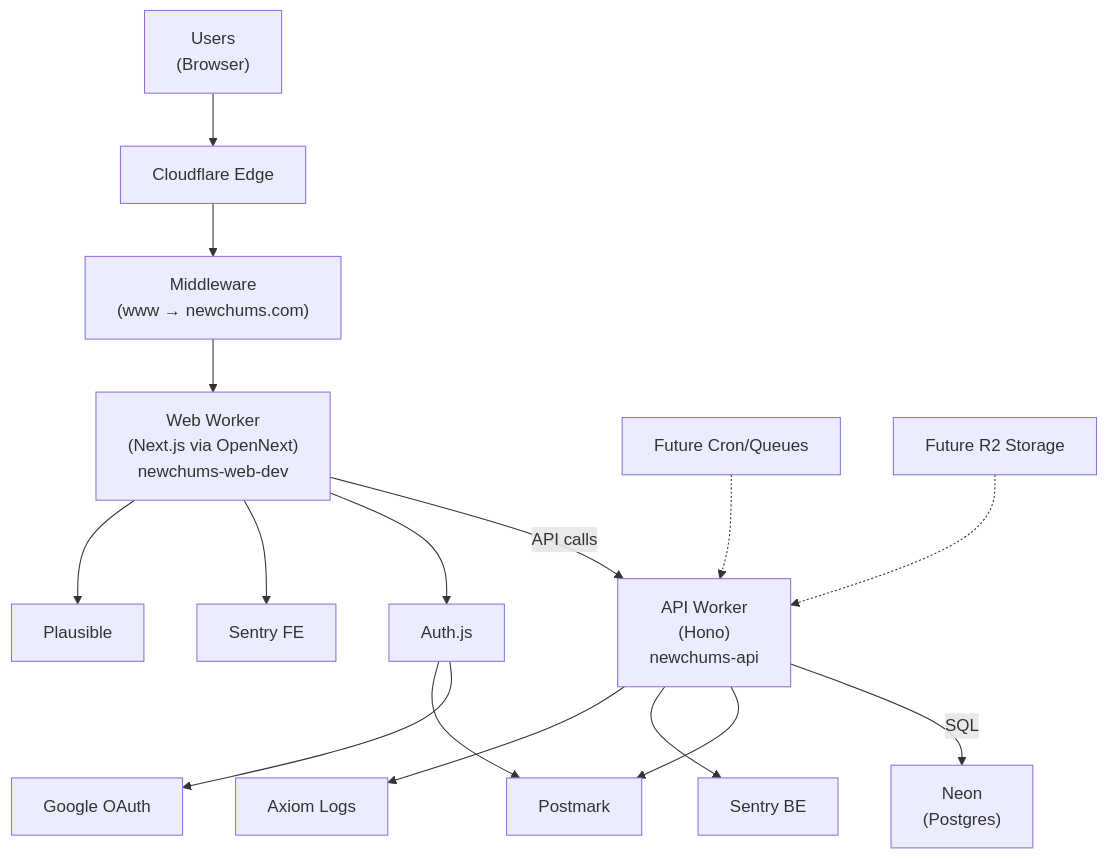
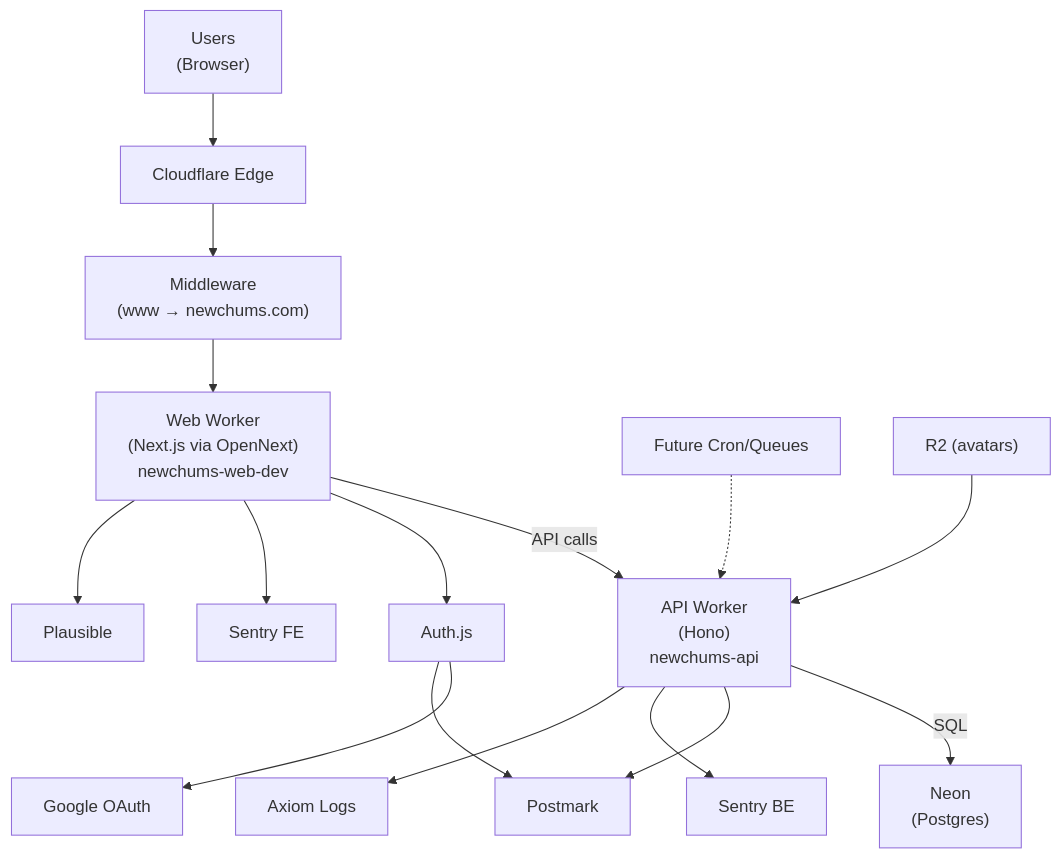
The eighth of 8 diagrams in docs/System_Map.md (RSS705/newchums), drawn with Mermaid before and after one commit. The commit also changed other lines of this file and 23 other files, not shown here.

````diff
--- a/docs/System_Map.md
+++ b/docs/System_Map.md
@@ -230,24 +233,24 @@
 ```mermaid
 flowchart TB
   U["Users<br/>(Browser)"] --> CF["Cloudflare Edge"]
   CF --> MW["Middleware<br/>(www → newchums.com)"]
   MW --> W["Web Worker<br/>(Next.js via OpenNext)<br/>newchums-web-dev"]
 
   W -->|"API calls"| API["API Worker<br/>(Hono)<br/>newchums-api"]
 
   API -->|"SQL"| DB["Neon<br/>(Postgres)"]
 
   W --> AUTH["Auth.js"]
   AUTH --> GOOGLE["Google OAuth"]
   AUTH --> PM["Postmark"]
 
   API --> PM
 
   W --> SENTRY_FE["Sentry FE"]
   API --> SENTRY_BE["Sentry BE"]
   API --> AX["Axiom Logs"]
   W --> PLAUS["Plausible"]
 
   CRON["Future Cron/Queues"] -.-> API
-  R2["Future R2 Storage"] -.-> API
+  R2["R2 (avatars)"] --> API
 ```
````
